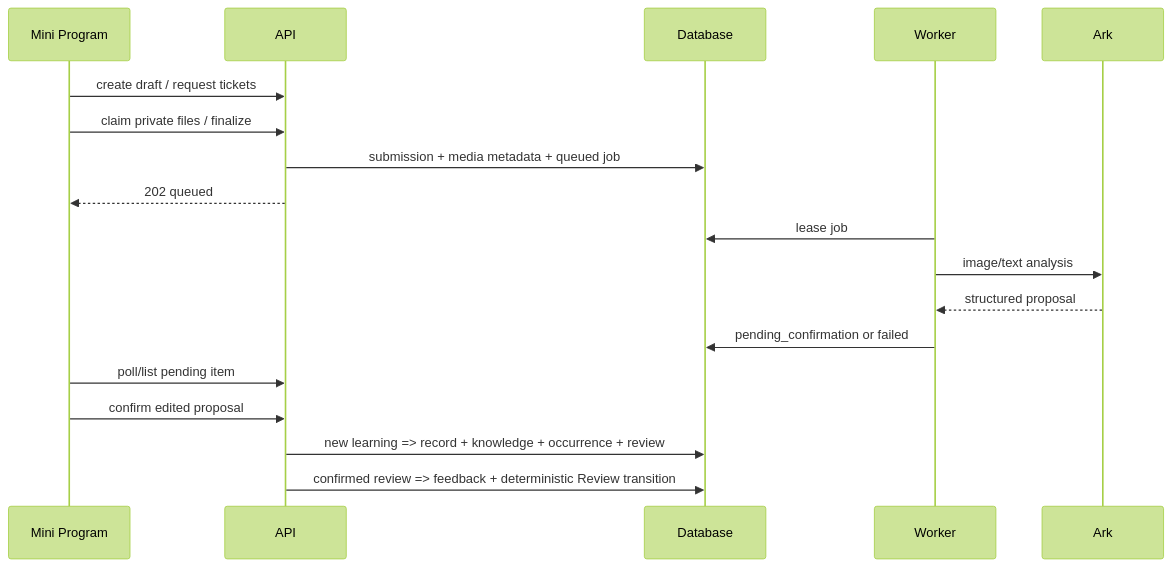
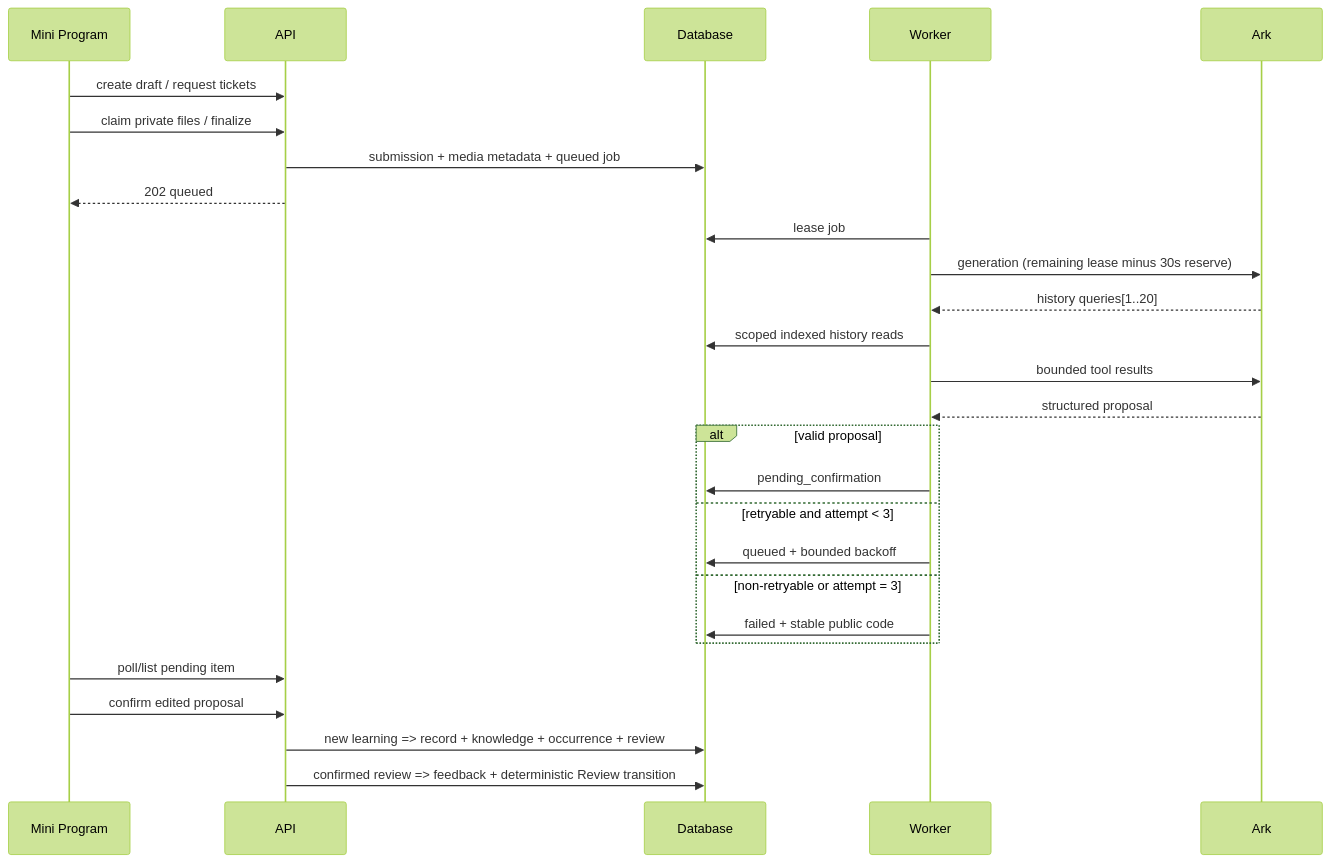
One commit to wangyu-bytedance/push_kids changed the second of 3 diagrams in docs/architecture/ARCHITECTURE.md. Above: the diagram before and after it, drawn with Mermaid (forest theme). The commit also changed other lines of this file and 15 other files, not shown here.

Commit message:
fix: harden image analysis agent retries

````diff
--- a/docs/architecture/ARCHITECTURE.md
+++ b/docs/architecture/ARCHITECTURE.md
@@ -115,20 +120,29 @@
 ```mermaid
 sequenceDiagram
   participant M as Mini Program
   participant A as API
   participant D as Database
   participant W as Worker
   participant K as Ark
   M->>A: create draft / request tickets
   M->>A: claim private files / finalize
   A->>D: submission + media metadata + queued job
   A-->>M: 202 queued
   W->>D: lease job
-  W->>K: image/text analysis
+  W->>K: generation (remaining lease minus 30s reserve)
+  K-->>W: history queries[1..20]
+  W->>D: scoped indexed history reads
+  W->>K: bounded tool results
   K-->>W: structured proposal
-  W->>D: pending_confirmation or failed
+  alt valid proposal
+    W->>D: pending_confirmation
+  else retryable and attempt < 3
+    W->>D: queued + bounded backoff
+  else non-retryable or attempt = 3
+    W->>D: failed + stable public code
+  end
   M->>A: poll/list pending item
   M->>A: confirm edited proposal
   A->>D: new learning => record + knowledge + occurrence + review
   A->>D: confirmed review => feedback + deterministic Review transition
 ```
````
